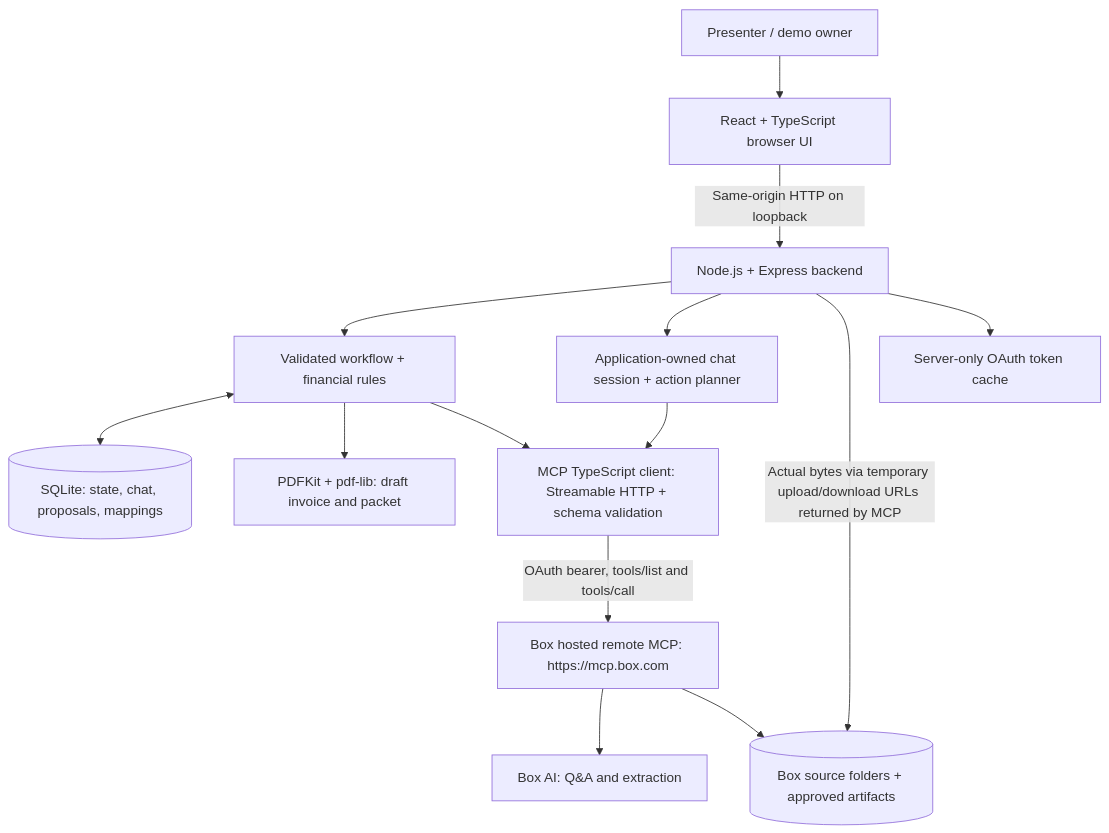
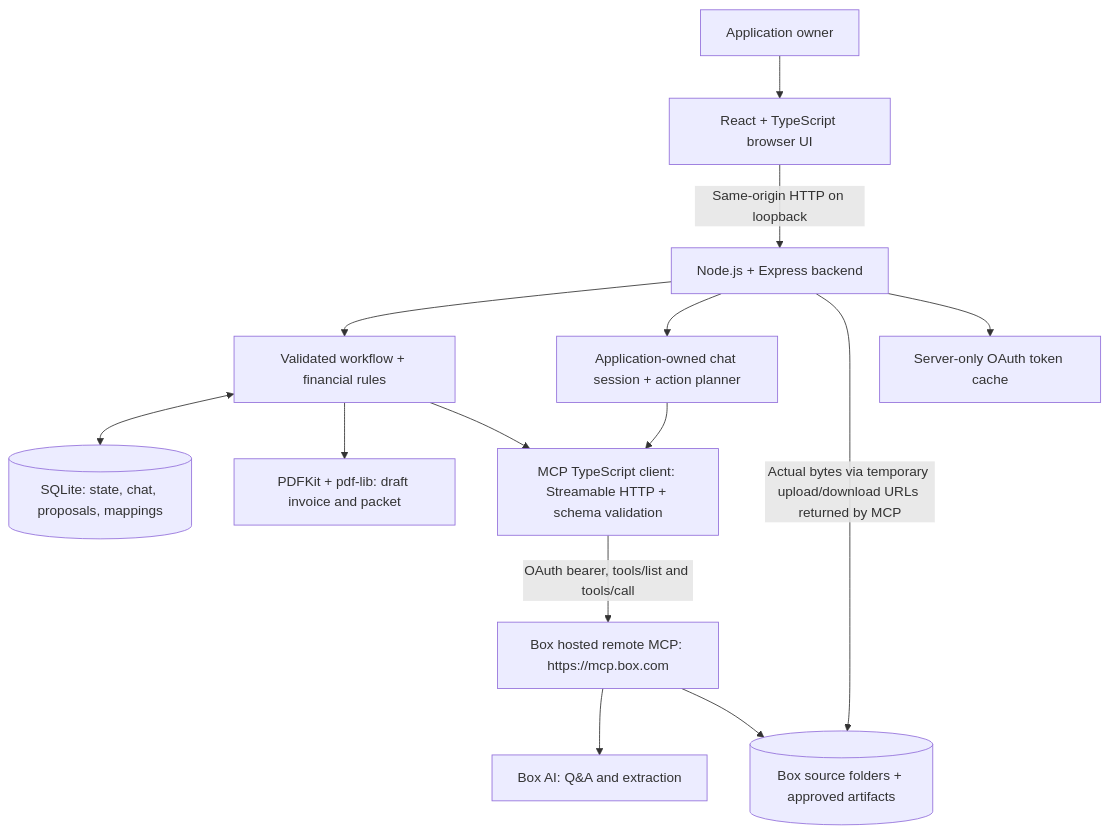
The first of 2 diagrams in README.md (box-community/billready-box-mcp-demo), drawn with Mermaid before and after one commit. The commit also changed other lines of this file and 4 other files, not shown here.

````diff
--- a/README.md
+++ b/README.md
@@ -32,16 +32,16 @@
 ```mermaid
 flowchart TB
-    User[Presenter / demo owner] --> UI[React + TypeScript browser UI]
+    User[Application owner] --> UI[React + TypeScript browser UI]
     UI -->|Same-origin HTTP on loopback| API[Node.js + Express backend]
     API --> Workflow[Validated workflow + financial rules]
     API --> Agent[Application-owned chat session + action planner]
     Workflow <--> DB[(SQLite: state, chat, proposals, mappings)]
     Workflow --> PDF[PDFKit + pdf-lib: draft invoice and packet]
     Agent --> MCP[MCP TypeScript client: Streamable HTTP + schema validation]
     Workflow --> MCP
     MCP -->|OAuth bearer, tools/list and tools/call| Remote[Box hosted remote MCP: https://mcp.box.com]
     Remote --> AI[Box AI: Q&A and extraction]
     Remote --> Box[(Box source folders + approved artifacts)]
     API -->|Actual bytes via temporary upload/download URLs returned by MCP| Box
     API --> Tokens[Server-only OAuth token cache]
 ```
````
